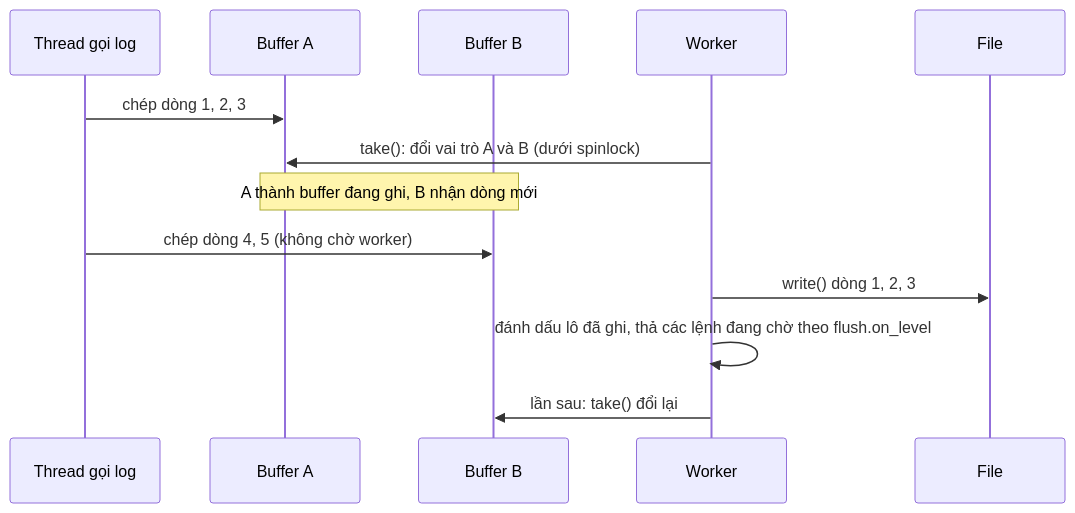
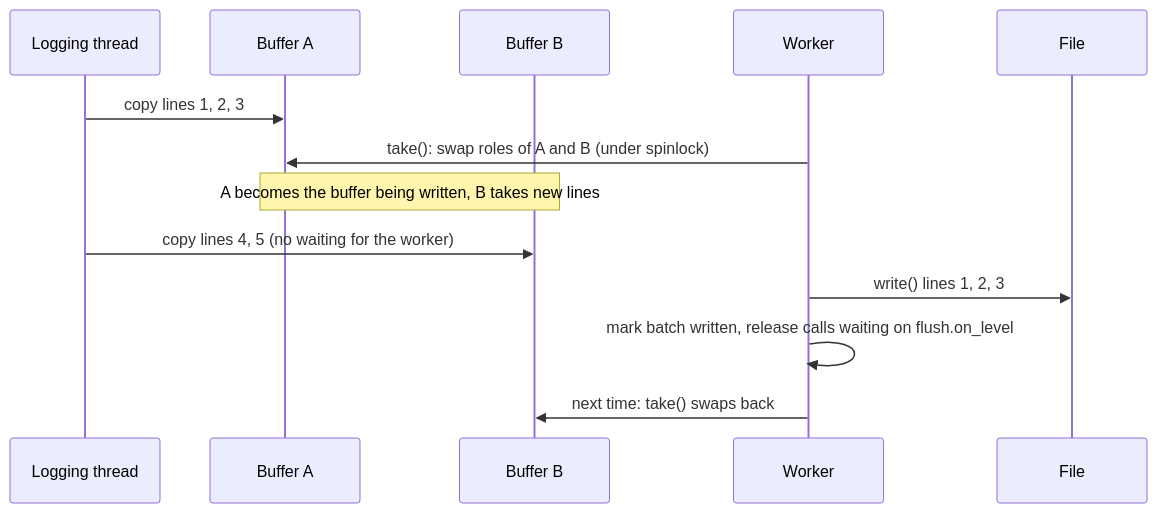
One commit to TieuBao168/tblog changed the third of 5 diagrams in docs/architecture.md. Above: the diagram before and after it, drawn with Mermaid. The commit also changed other lines of this file and 19 other files, not shown here.

````diff
--- a/docs/architecture.md
+++ b/docs/architecture.md
@@ -57,15 +59,15 @@
 ```mermaid
 sequenceDiagram
-    participant L as Thread gọi log
+    participant L as Logging thread
     participant A as Buffer A
     participant B as Buffer B
     participant W as Worker
     participant F as File
-    L->>A: chép dòng 1, 2, 3
-    W->>A: take(): đổi vai trò A và B (dưới spinlock)
-    Note over A,B: A thành buffer đang ghi, B nhận dòng mới
-    L->>B: chép dòng 4, 5 (không chờ worker)
-    W->>F: write() dòng 1, 2, 3
-    W->>W: đánh dấu lô đã ghi, thả các lệnh đang chờ theo flush.on_level
-    W->>B: lần sau: take() đổi lại
+    L->>A: copy lines 1, 2, 3
+    W->>A: take(): swap roles of A and B (under spinlock)
+    Note over A,B: A becomes the buffer being written, B takes new lines
+    L->>B: copy lines 4, 5 (no waiting for the worker)
+    W->>F: write() lines 1, 2, 3
+    W->>W: mark batch written, release calls waiting on flush.on_level
+    W->>B: next time: take() swaps back
 ```
````
